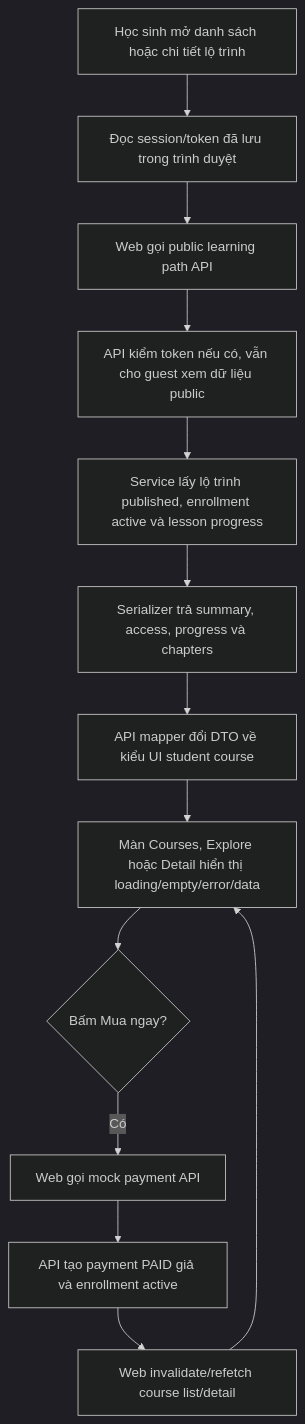
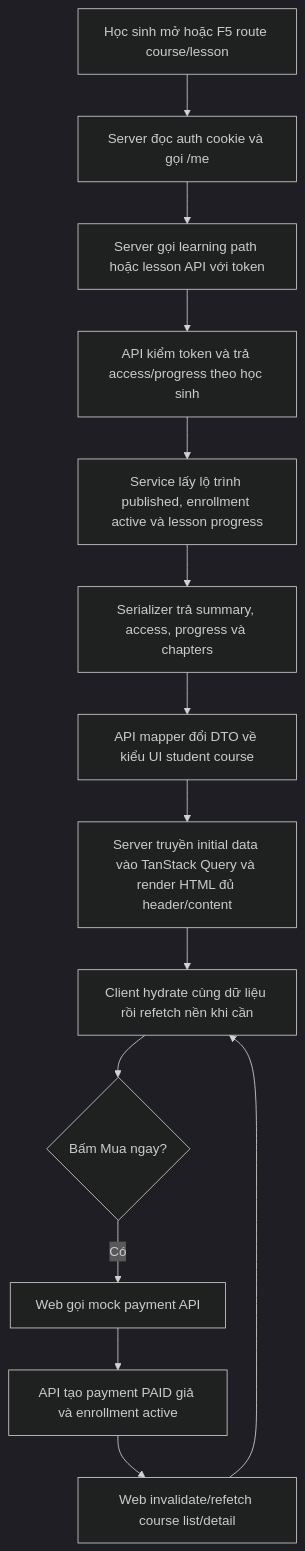
The diagram in docs/learning-notes/features/student-course-browsing.md (DamAnhTuanTB/ClassHero), drawn with Mermaid (dark theme) before and after one commit. The commit also changed other lines of this file and 92 other files, not shown here.

First line of the commit message:
feat: improve student learning UI, API fetching, and Auth session

````diff
--- a/docs/learning-notes/features/student-course-browsing.md
+++ b/docs/learning-notes/features/student-course-browsing.md
@@ -13,15 +13,16 @@
 ```mermaid
 flowchart TD
-  A[Học sinh mở danh sách hoặc chi tiết lộ trình] --> B[Đọc session/token đã lưu trong trình duyệt]
-  B --> C[Web gọi public learning path API]
-  C --> D[API kiểm token nếu có, vẫn cho guest xem dữ liệu public]
+  A[Học sinh mở hoặc F5 route course/lesson] --> B[Server đọc auth cookie và gọi /me]
+  B --> C[Server gọi learning path hoặc lesson API với token]
+  C --> D[API kiểm token và trả access/progress theo học sinh]
   D --> E[Service lấy lộ trình published, enrollment active và lesson progress]
   E --> F[Serializer trả summary, access, progress và chapters]
   F --> G[API mapper đổi DTO về kiểu UI student course]
-  G --> H[Màn Courses, Explore hoặc Detail hiển thị loading/empty/error/data]
-  H --> I{Bấm Mua ngay?}
-  I -->|Có| J[Web gọi mock payment API]
-  J --> K[API tạo payment PAID giả và enrollment active]
-  K --> L[Web invalidate/refetch course list/detail]
-  L --> H
+  G --> H[Server truyền initial data vào TanStack Query và render HTML đủ header/content]
+  H --> I[Client hydrate cùng dữ liệu rồi refetch nền khi cần]
+  I --> J{Bấm Mua ngay?}
+  J -->|Có| K[Web gọi mock payment API]
+  K --> L[API tạo payment PAID giả và enrollment active]
+  L --> M[Web invalidate/refetch course list/detail]
+  M --> I
 ```
````
